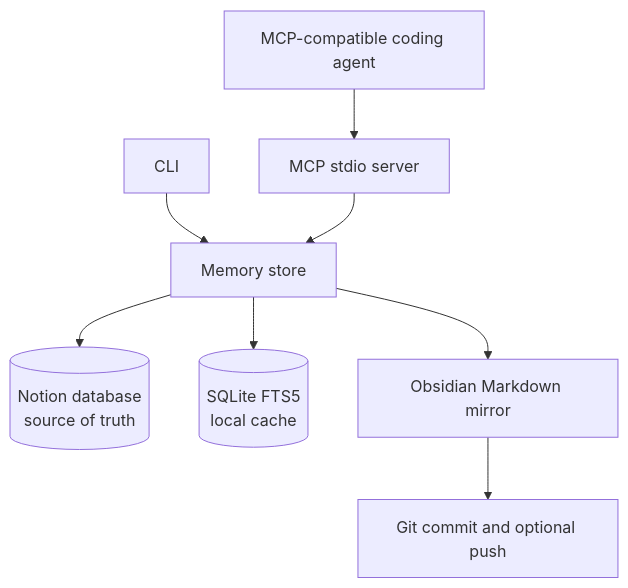
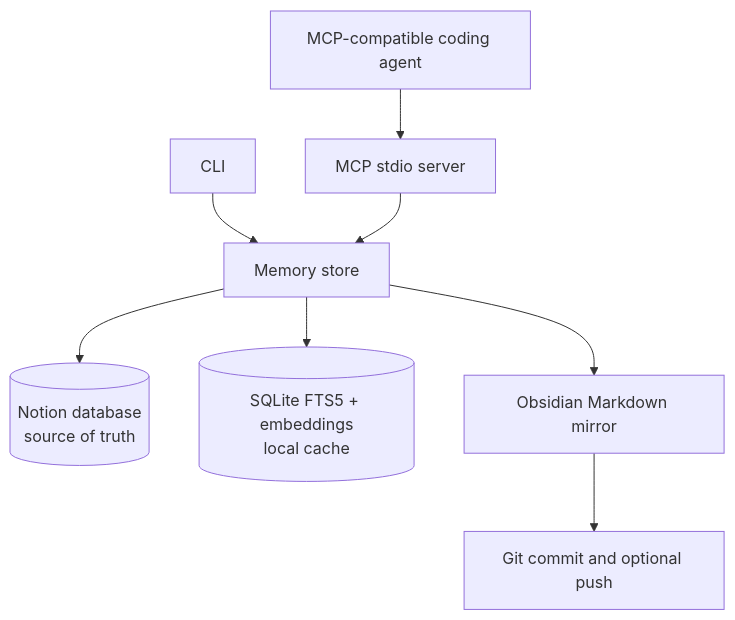
The first of 3 diagrams in ARCHITECTURE.md (Chaerulcp/shared-agent-memory-mcp), drawn with Mermaid before and after one commit. The commit also changed other lines of this file and 16 other files, not shown here.

````diff
--- a/ARCHITECTURE.md
+++ b/ARCHITECTURE.md
@@ -12,10 +12,10 @@
 ```mermaid
 flowchart TD
     Agent["MCP-compatible coding agent"] --> Server["MCP stdio server"]
     CLI["CLI"] --> Store["Memory store"]
     Server --> Store
     Store --> Notion[("Notion database\nsource of truth")]
-    Store --> Cache[("SQLite FTS5\nlocal cache")]
+    Store --> Cache[("SQLite FTS5 + embeddings\nlocal cache")]
     Store --> Obsidian["Obsidian Markdown mirror"]
     Obsidian --> Git["Git commit and optional push"]
 ```
````
